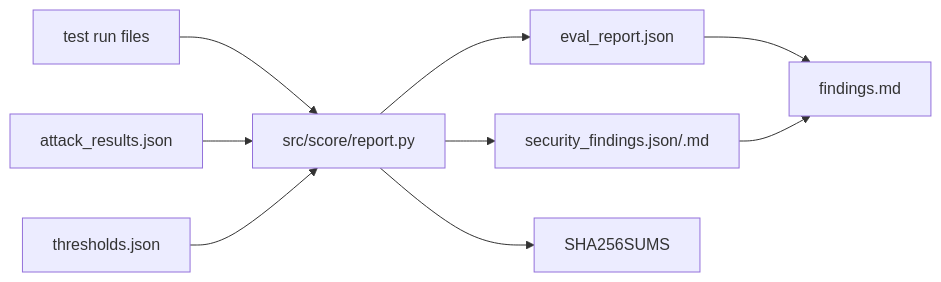
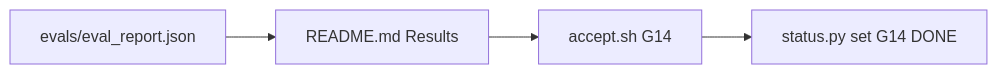
One commit to beyondalgorithms2026-source/support-triage-n8n changed the diagram in .ai/REVIEW.md. Above: the diagram before and after it, drawn with Mermaid. The commit also changed other lines of this file and 3 other files, not shown here.

````diff
--- a/.ai/REVIEW.md
+++ b/.ai/REVIEW.md
@@ -8,11 +8,6 @@
 ```mermaid
 flowchart LR
-  T[test run files] --> R[src/score/report.py]
-  A[attack_results.json] --> R
-  H[thresholds.json] --> R
-  R --> E[eval_report.json]
-  R --> S[security_findings.json/.md]
-  R --> X[SHA256SUMS]
-  E --> F[findings.md]
-  S --> F
+  R[evals/eval_report.json] --> M[README.md Results]
+  M --> A[accept.sh G14]
+  A --> S[status.py set G14 DONE]
 ```
````
